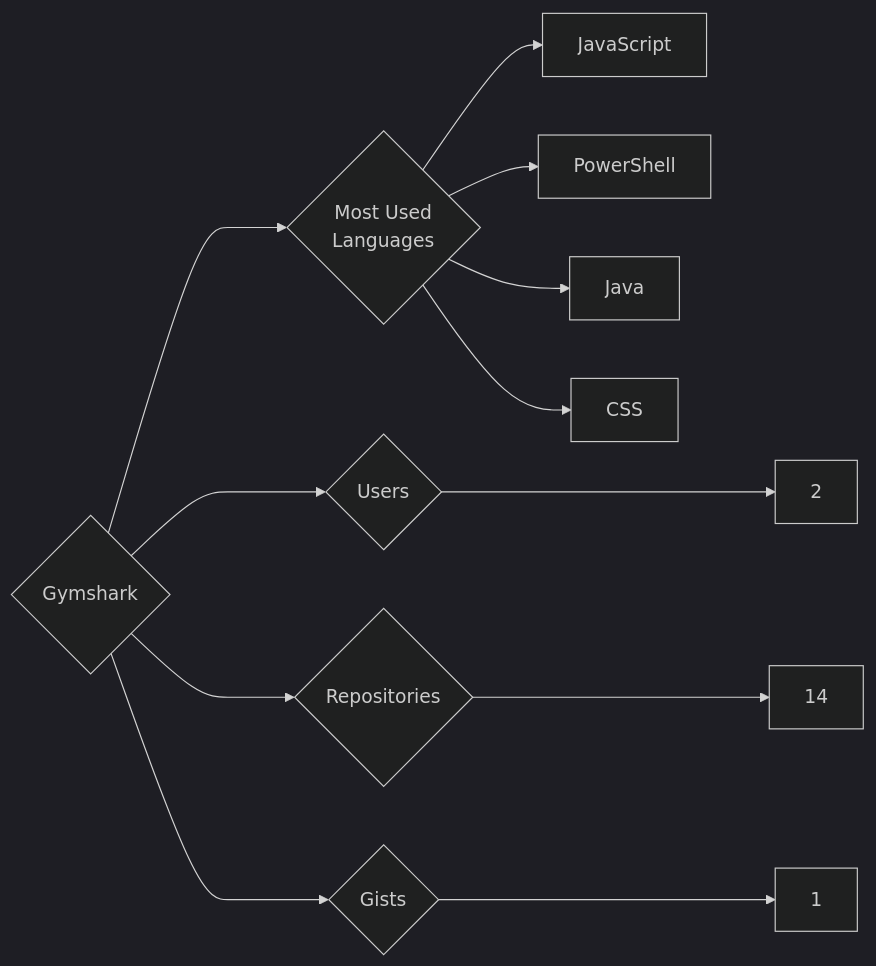
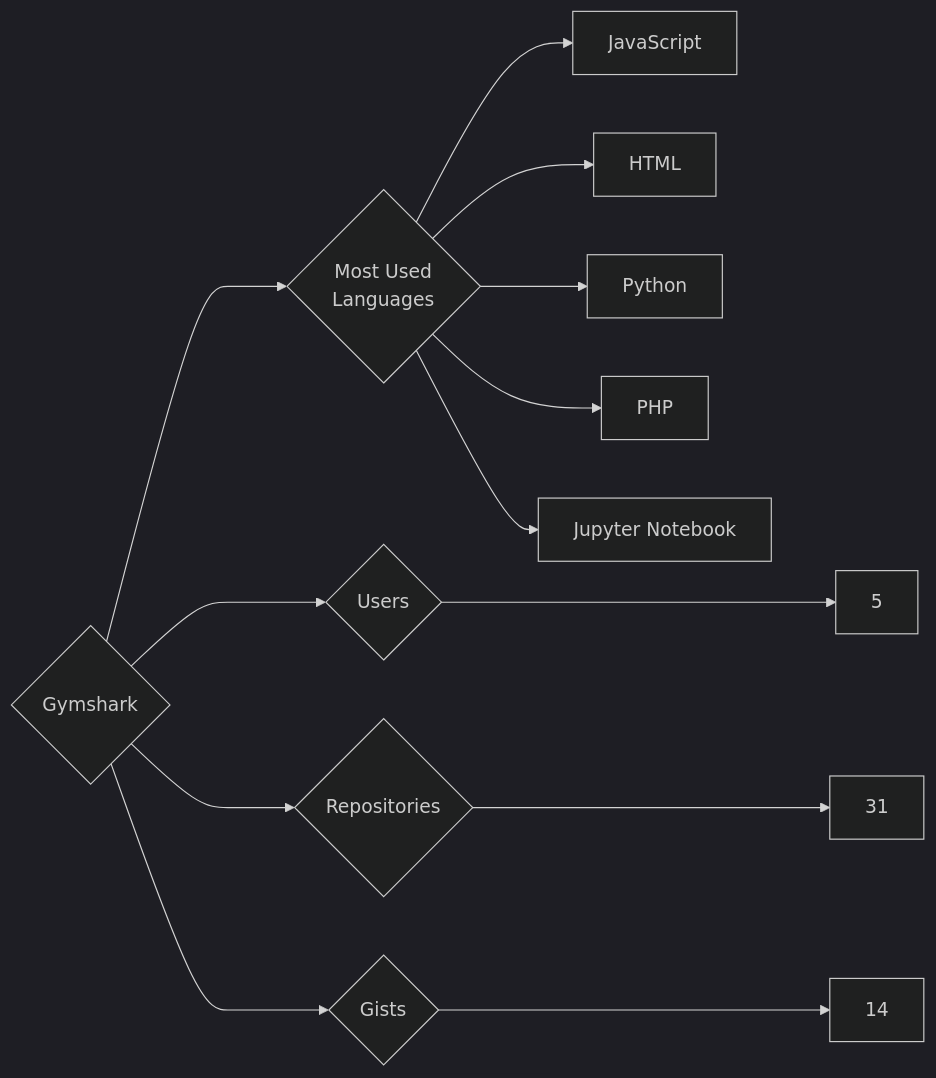
Before and after one commit to trickest/insiders: the diagram in targets/Gymshark/README.md, drawn with Mermaid (dark theme). The commit also changed 1149 other files, not shown here.

````diff
--- a/targets/Gymshark/README.md
+++ b/targets/Gymshark/README.md
@@ -3,12 +3,13 @@
 ```mermaid
 graph LR
 COMPANY_NAME{Gymshark}
-COMPANY_NAME ---> U{Users} ---> UN[2]
-COMPANY_NAME ---> R{Repositories} ---> RN[14]
-COMPANY_NAME ---> G{Gists} ---> GN[1]
+COMPANY_NAME ---> U{Users} ---> UN[5]
+COMPANY_NAME ---> R{Repositories} ---> RN[31]
+COMPANY_NAME ---> G{Gists} ---> GN[14]
 COMPANY_NAME ---> ML{Most Used<br>Languages}
 ML --> JavaScript[JavaScript]
-ML --> PowerShell[PowerShell]
-ML --> Java[Java]
-ML --> CSS[CSS]
+ML --> HTML[HTML]
+ML --> Python[Python]
+ML --> PHP[PHP]
+ML --> Jupyter_Notebook[Jupyter Notebook]
 ```
````
